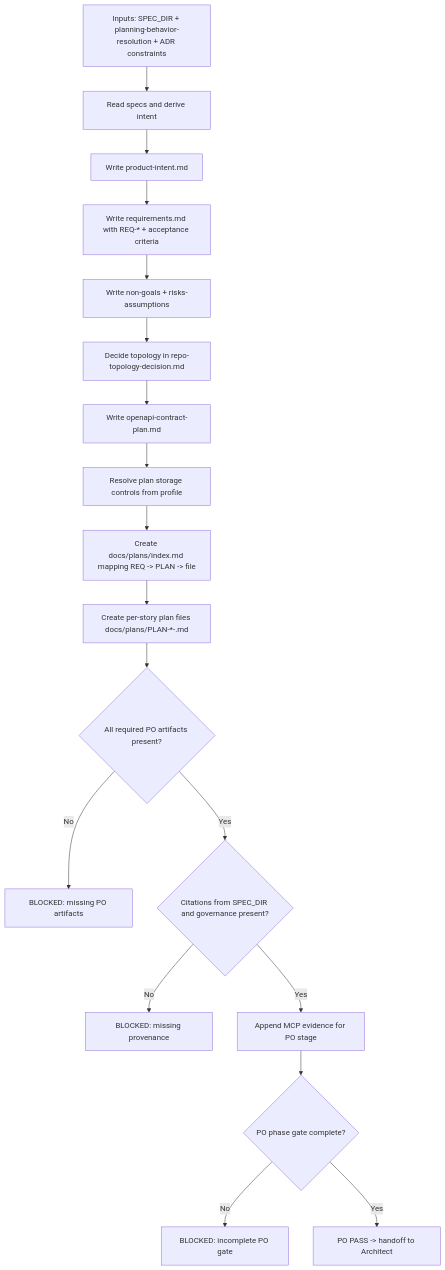
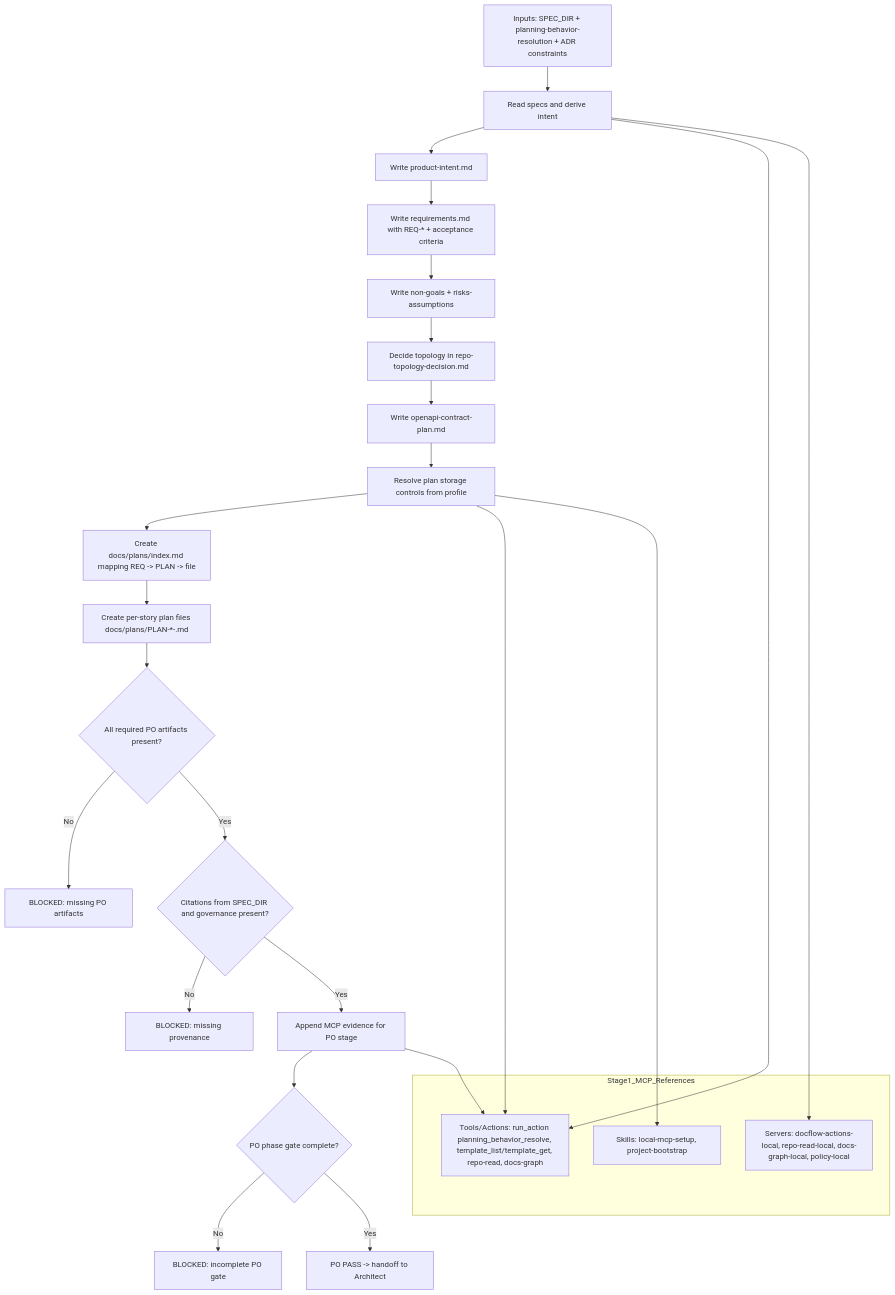
The diagram in ProcessDocs/stage-01-product-owner.mmd (orbsfoc/iqpe-governance-workflow), drawn with Mermaid before and after one commit. The commit also changed 4 other files, not shown here.

Commit message:
Annotate stage diagrams with MCP servers, tools, and skills

```diff
--- a/ProcessDocs/stage-01-product-owner.mmd
+++ b/ProcessDocs/stage-01-product-owner.mmd
@@ -1,23 +1,35 @@
 flowchart TD
     P0[Inputs: SPEC_DIR + planning-behavior-resolution + ADR constraints] --> P1[Read specs and derive intent]
     P1 --> P2[Write product-intent.md]
     P2 --> P3[Write requirements.md with REQ-* + acceptance criteria]
     P3 --> P4[Write non-goals + risks-assumptions]
 
     P4 --> P5[Decide topology in repo-topology-decision.md]
     P5 --> P6[Write openapi-contract-plan.md]
     P6 --> P7[Resolve plan storage controls from profile]
 
     P7 --> P8[Create docs/plans/index.md mapping REQ -> PLAN -> file]
     P8 --> P9[Create per-story plan files docs/plans/PLAN-*-<slug>.md]
 
     P9 --> G1{All required PO artifacts present?}
     G1 -- No --> B1[BLOCKED: missing PO artifacts]
     G1 -- Yes --> G2{Citations from SPEC_DIR and governance present?}
 
     G2 -- No --> B2[BLOCKED: missing provenance]
     G2 -- Yes --> E1[Append MCP evidence for PO stage]
 
     E1 --> G3{PO phase gate complete?}
     G3 -- No --> B3[BLOCKED: incomplete PO gate]
     G3 -- Yes --> PASS[PO PASS -> handoff to Architect]
+
+        subgraph Stage1_MCP_References
+            SK1[Skills: local-mcp-setup, project-bootstrap]
+            T1A[Tools/Actions: run_action planning_behavior_resolve, template_list/template_get, repo-read, docs-graph]
+            SV1[Servers: docflow-actions-local, repo-read-local, docs-graph-local, policy-local]
+        end
+
+        P1 --> T1A
+        P1 --> SV1
+        P7 --> T1A
+        P7 --> SK1
+        E1 --> T1A
```
